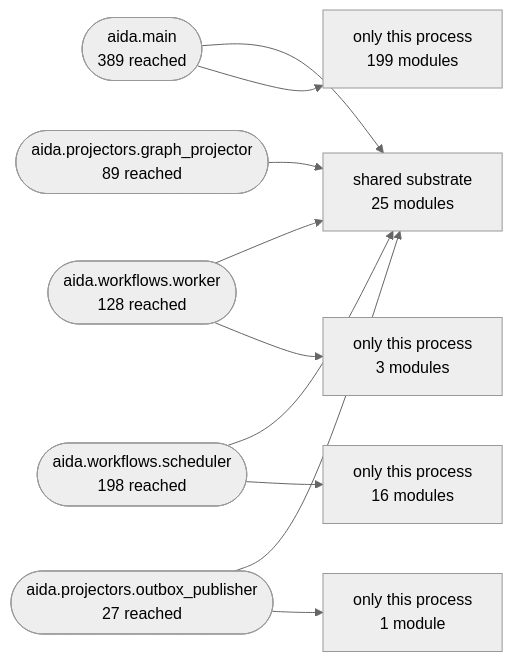
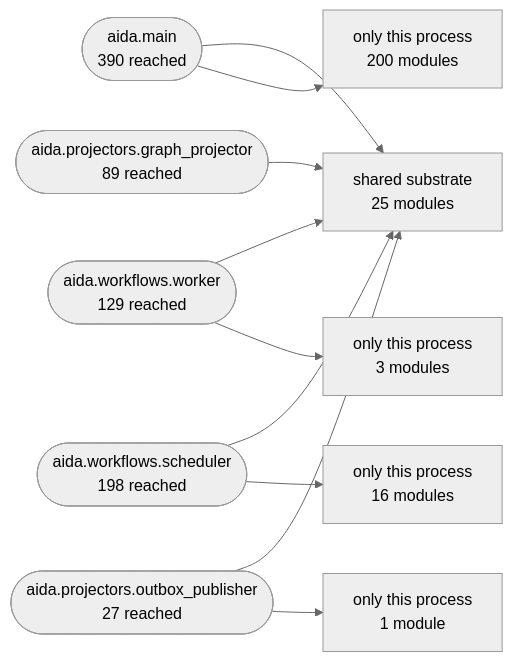
The second of 3 diagrams in Docs/10-architecture/14-generated-architecture-map.md (karuppusamym/AIDataAnalyst), drawn with Mermaid (neutral theme) before and after one commit. The commit also changed other lines of this file and 188 other files, not shown here.

````diff
--- a/Docs/10-architecture/14-generated-architecture-map.md
+++ b/Docs/10-architecture/14-generated-architecture-map.md
@@ -179,22 +179,22 @@
 ```mermaid
 graph LR
   shared["shared substrate<br/>25 modules"]
-  aida_main(["aida.main<br/>389 reached"])
-  aida_workflows_worker(["aida.workflows.worker<br/>128 reached"])
+  aida_main(["aida.main<br/>390 reached"])
+  aida_workflows_worker(["aida.workflows.worker<br/>129 reached"])
   aida_workflows_scheduler(["aida.workflows.scheduler<br/>198 reached"])
   aida_projectors_graph_projector(["aida.projectors.graph_projector<br/>89 reached"])
   aida_projectors_outbox_publisher(["aida.projectors.outbox_publisher<br/>27 reached"])
   aida_main --> shared
-  only_aida_main["only this process<br/>199 modules"]
+  only_aida_main["only this process<br/>200 modules"]
   aida_main --> only_aida_main
   aida_workflows_worker --> shared
   only_aida_workflows_worker["only this process<br/>3 modules"]
   aida_workflows_worker --> only_aida_workflows_worker
   aida_workflows_scheduler --> shared
   only_aida_workflows_scheduler["only this process<br/>16 modules"]
   aida_workflows_scheduler --> only_aida_workflows_scheduler
   aida_projectors_graph_projector --> shared
   aida_projectors_outbox_publisher --> shared
   only_aida_projectors_outbox_publisher["only this process<br/>1 module"]
   aida_projectors_outbox_publisher --> only_aida_projectors_outbox_publisher
 ```
````
